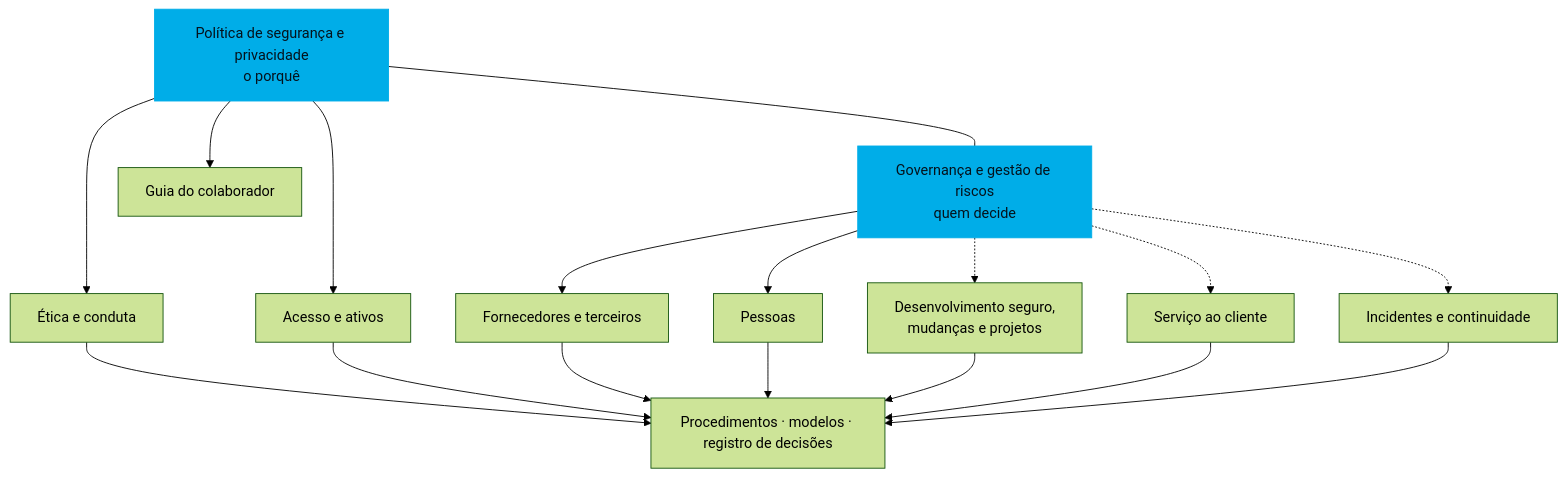
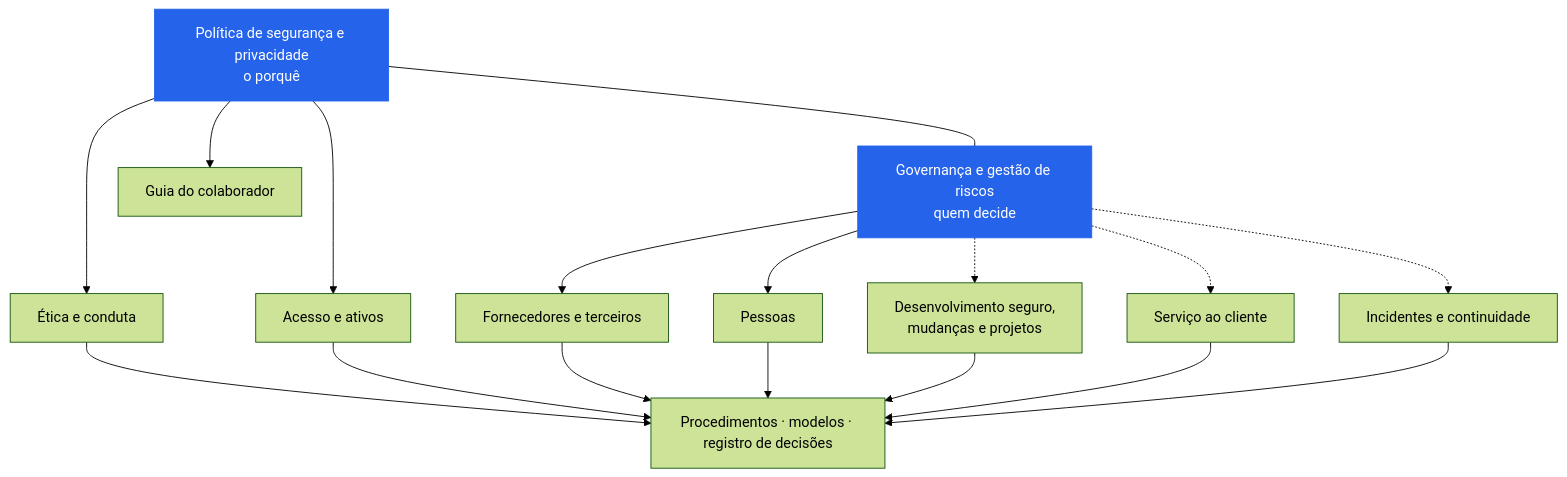
The first of 2 diagrams in docs/normas.md (resper1965/esqueleto-governanca), drawn with Mermaid (forest theme) before and after one commit. The commit also changed other lines of this file and 11 other files, not shown here.

````diff
--- a/docs/normas.md
+++ b/docs/normas.md
@@ -7,18 +7,18 @@
 ```mermaid
 flowchart TB
     POL["Política de segurança e privacidade<br/>o porquê"]
     GOV["Governança e gestão de riscos<br/>quem decide"]
     POL --- GOV
     POL --> ET["Ética e conduta"]
     POL --> AC["Acesso e ativos"]
     GOV --> FO["Fornecedores e terceiros"]
     GOV --> PE["Pessoas"]
     POL --> GU["Guia do colaborador"]
     GOV -.-> DE["Desenvolvimento seguro,<br/>mudanças e projetos"]
     GOV -.-> SC["Serviço ao cliente"]
     GOV -.-> CO["Incidentes e continuidade"]
     ET & AC & FO & PE & DE & SC & CO --> PR["Procedimentos · modelos · registro de decisões"]
 
-    style POL fill:#00ADE8,stroke:#00ADE8,color:#04121C
-    style GOV fill:#00ADE8,stroke:#00ADE8,color:#04121C
+    style POL fill:#2563EB,stroke:#2563EB,color:#FFFFFF
+    style GOV fill:#2563EB,stroke:#2563EB,color:#FFFFFF
 ```
````
